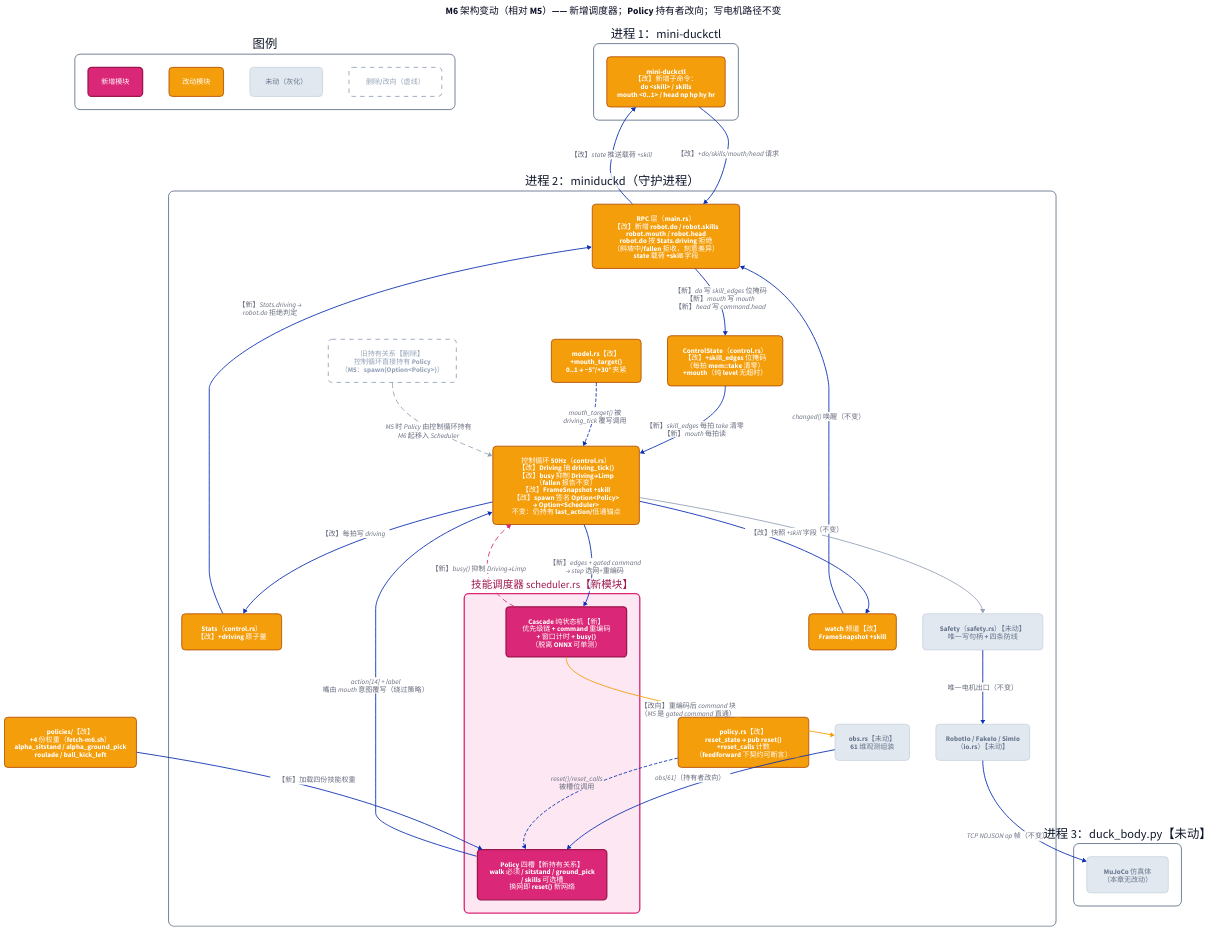
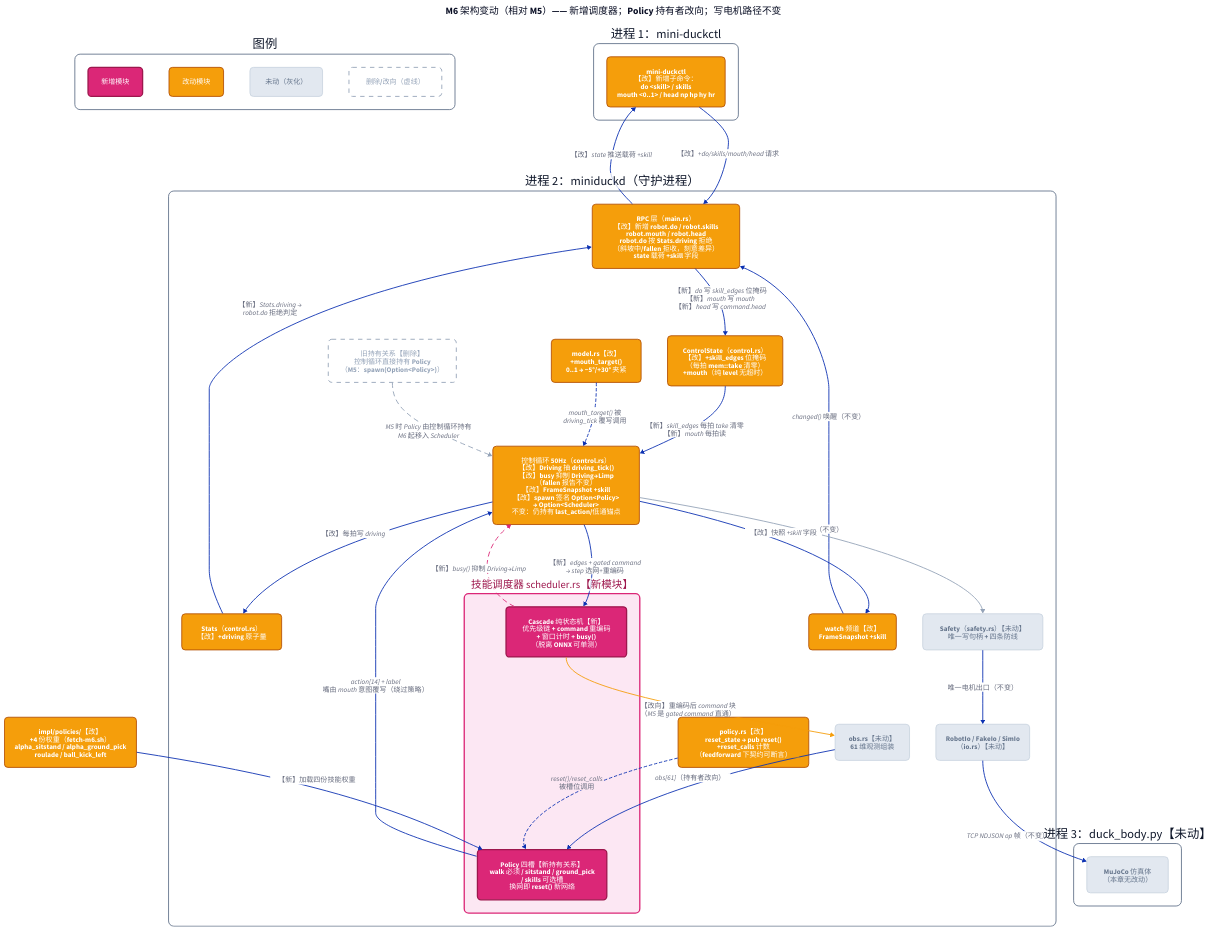
One commit to linjiaqin12138/skills changed the diagram in microduck-from-scratch/book/arch/src/m06-scheduler-diff.d2. Above: the diagram before and after it, drawn with D2. The commit also changed 89 other files, not shown here.

```diff
--- a/microduck-from-scratch/book/arch/src/m06-scheduler-diff.d2
+++ b/microduck-from-scratch/book/arch/src/m06-scheduler-diff.d2
@@ -1,199 +1,199 @@
 direction: down
 
 vars: {
   d2-config: {
     layout-engine: dagre
     theme-id: 0
   }
 }
 
 classes: {
   new: {
     style: {
       fill: "#DB2777"
       font-color: "#FFFFFF"
       stroke: "#9D174D"
       stroke-width: 3
       border-radius: 8
       bold: true
     }
   }
   changed: {
     style: {
       fill: "#F59E0B"
       font-color: "#FFFFFF"
       stroke: "#B45309"
       stroke-width: 2
       border-radius: 8
       bold: true
     }
   }
   unchanged: {
     style: {
       fill: "#E2E8F0"
       font-color: "#64748B"
       stroke: "#CBD5E1"
       border-radius: 8
     }
   }
   deleted: {
     style: {
       fill: "#FFFFFF"
       font-color: "#94A3B8"
       stroke: "#94A3B8"
       stroke-dash: 5
       border-radius: 8
     }
   }
   procbox: {
     style: {
       fill: "#FFFFFF"
       font-color: "#0F172A"
       stroke: "#64748B"
       stroke-width: 2
       border-radius: 12
     }
   }
 }
 
 title: "M6 架构变动（相对 M5）—— 新增调度器；Policy 持有者改向；写电机路径不变" {
   near: top-center
   shape: text
   style.font-size: 22
   style.bold: true
 }
 
 legend: "图例" {
   class: procbox
   l_new: "新增模块" { class: new }
   l_changed: "改动模块" { class: changed }
   l_unchanged: "未动（灰化）" { class: unchanged }
   l_deleted: "删除/改向（虚线）" { class: deleted }
 }
 
 p_cli: "进程 1：mini-duckctl" {
   class: procbox
   ctl: "mini-duckctl\n【改】新增子命令：\ndo <skill> / skills\nmouth <0..1> / head np hp hy hr" {
     class: changed
   }
 }
 
 p_daemon: "进程 2：miniduckd（守护进程）" {
   class: procbox
 
   rpc: "RPC 层（main.rs）\n【改】新增 robot.do / robot.skills\nrobot.mouth / robot.head\nrobot.do 按 Stats.driving 拒绝\n（斜坡中/fallen 拒收，刻意差异）\nstate 载荷 +skill 字段" {
     class: changed
   }
 
   shared: "ControlState（control.rs）\n【改】+skill_edges 位掩码\n（每拍 mem::take 清零）\n+mouth（纯 level 无超时）" {
     class: changed
   }
 
   stats: "Stats（control.rs）\n【改】+driving 原子量" {
     class: changed
   }
 
   loop: "控制循环 50Hz（control.rs）\n【改】Driving 抽 driving_tick()\n【改】busy 抑制 Driving→Limp\n（fallen 报告不变）\n【改】FrameSnapshot +skill\n【改】spawn 签名 Option<Policy>\n→ Option<Scheduler>\n不变：仍持有 last_action/低通锚点" {
     class: changed
   }
 
   sched: "技能调度器 scheduler.rs【新模块】" {
     style: {
       fill: "#FCE7F3"
       font-color: "#9D174D"
       stroke: "#DB2777"
       stroke-width: 3
       border-radius: 10
     }
     cascade: "Cascade 纯状态机【新】\n优先级链 + command 重编码\n+ 窗口计时 + busy()\n（脱离 ONNX 可单测）" {
       class: new
     }
     slots: "Policy 四槽【新持有关系】\nwalk 必须 / sitstand / ground_pick\n/ skills 可选槽\n换网即 reset() 新网络" {
       class: new
     }
   }
 
   policy_note: "policy.rs【改】\nreset_state → pub reset()\n+reset_calls 计数\n（feedforward 下契约可断言）" {
     class: changed
   }
 
   model_note: "model.rs【改】\n+mouth_target()\n0..1 → −5°/+30° 夹紧" {
     class: changed
   }
 
   old_hold: "旧持有关系【删除】\n控制循环直接持有 Policy\n（M5：spawn(Option<Policy>)）" {
     class: deleted
   }
 
   obs: "obs.rs【未动】\n61 维观测组装" {
     class: unchanged
   }
 
   watch: "watch 频道【改】\nFrameSnapshot +skill" {
     class: changed
   }
 
   safety: "Safety（safety.rs）【未动】\n唯一写句柄 + 四条防线" {
     class: unchanged
   }
 
   io: "RobotIo / FakeIo / SimIo\n（io.rs）【未动】" {
     class: unchanged
   }
 }
 
 p_sim: "进程 3：duck_body.py【未动】" {
   class: procbox
   body: "MuJoCo 仿真体\n（本章无改动）" {
     class: unchanged
   }
 }
 
-onnx: "policies/【改】\n+4 份权重（fetch-m6.sh）\nalpha_sitstand / alpha_ground_pick\nroulade / ball_kick_left" {
+onnx: "impl/policies/【改】\n+4 份权重（fetch-m6.sh）\nalpha_sitstand / alpha_ground_pick\nroulade / ball_kick_left" {
   class: changed
 }
 
 # ---------- 边 ----------
 
 p_cli.ctl -> p_daemon.rpc: "【改】+do/skills/mouth/head 请求"
 p_daemon.rpc -> p_daemon.shared: "【新】do 写 skill_edges 位掩码\n【新】mouth 写 mouth\n【新】head 写 command.head"
 p_daemon.shared -> p_daemon.loop: "【新】skill_edges 每拍 take 清零\n【新】mouth 每拍读"
 p_daemon.stats -> p_daemon.rpc: "【新】Stats.driving →\nrobot.do 拒绝判定"
 p_daemon.loop -> p_daemon.stats: "【改】每拍写 driving"
 
 p_daemon.loop -> p_daemon.sched.cascade: "【新】edges + gated command\n→ step 选网+重编码"
 p_daemon.sched.cascade -> p_daemon.obs: "【改向】重编码后 command 块\n（M5 是 gated command 直通）" {
   style.stroke: "#F59E0B"
   style.stroke-width: 2
 }
 p_daemon.obs -> p_daemon.sched.slots: "obs[61]（持有者改向）"
 p_daemon.sched.slots -> p_daemon.loop: "action[14] + label\n嘴由 mouth 意图覆写（绕过策略）"
 p_daemon.sched.cascade -> p_daemon.loop: "【新】busy() 抑制 Driving→Limp" {
   style.stroke: "#DB2777"
   style.stroke-width: 2
   style.stroke-dash: 5
 }
 
 p_daemon.policy_note -> p_daemon.sched.slots: "reset()/reset_calls\n被槽位调用" {
   style.stroke-dash: 3
 }
 p_daemon.model_note -> p_daemon.loop: "mouth_target() 被\ndriving_tick 覆写调用" {
   style.stroke-dash: 3
 }
 
 p_daemon.old_hold -> p_daemon.loop: "M5 时 Policy 由控制循环持有\nM6 起移入 Scheduler" {
   style.stroke-dash: 5
   style.stroke: "#94A3B8"
 }
 
 p_daemon.loop -> p_daemon.watch: "【改】快照 +skill 字段"
 p_daemon.watch -> p_daemon.rpc: "changed() 唤醒（不变）"
 p_daemon.rpc -> p_cli.ctl: "【改】state 推送载荷 +skill"
 
 p_daemon.loop -> p_daemon.safety: "（不变）" {
   style.stroke: "#94A3B8"
 }
 p_daemon.safety -> p_daemon.io: "唯一电机出口（不变）"
 p_daemon.io -> p_sim.body: "TCP NDJSON op 帧（不变）"
 
 onnx -> p_daemon.sched.slots: "【新】加载四份技能权重"
```
